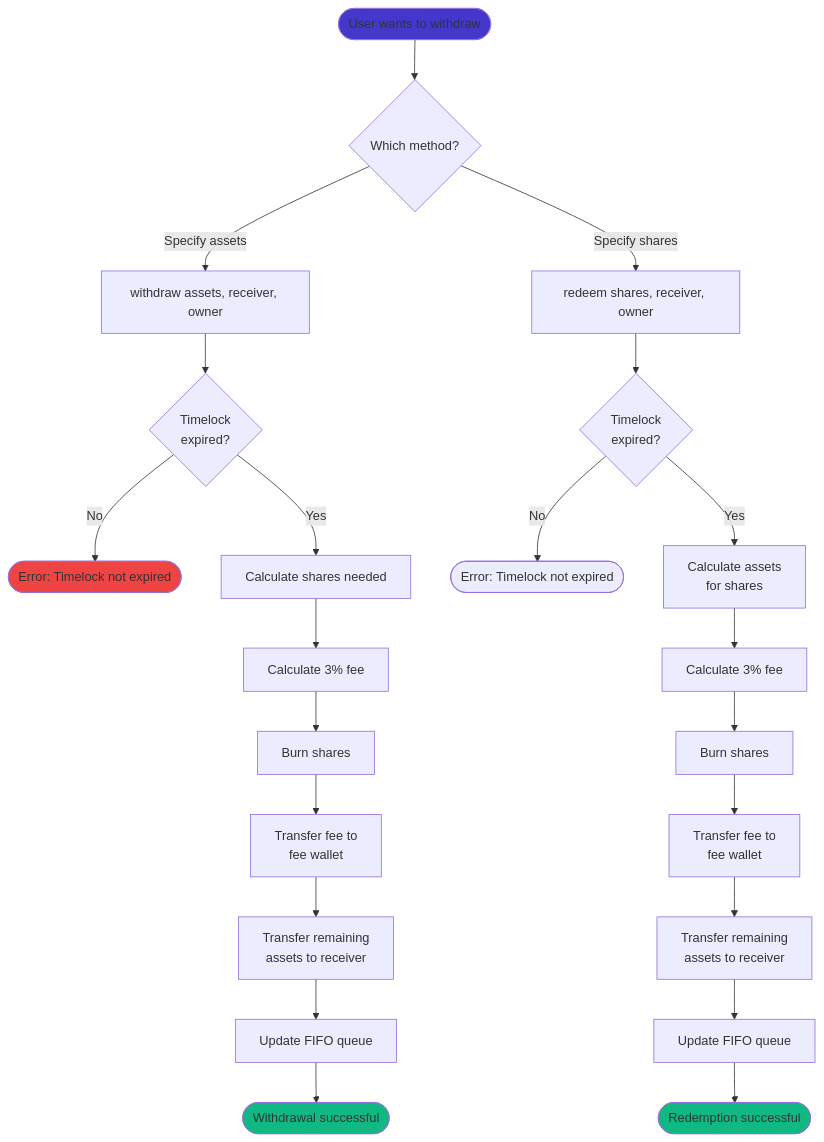
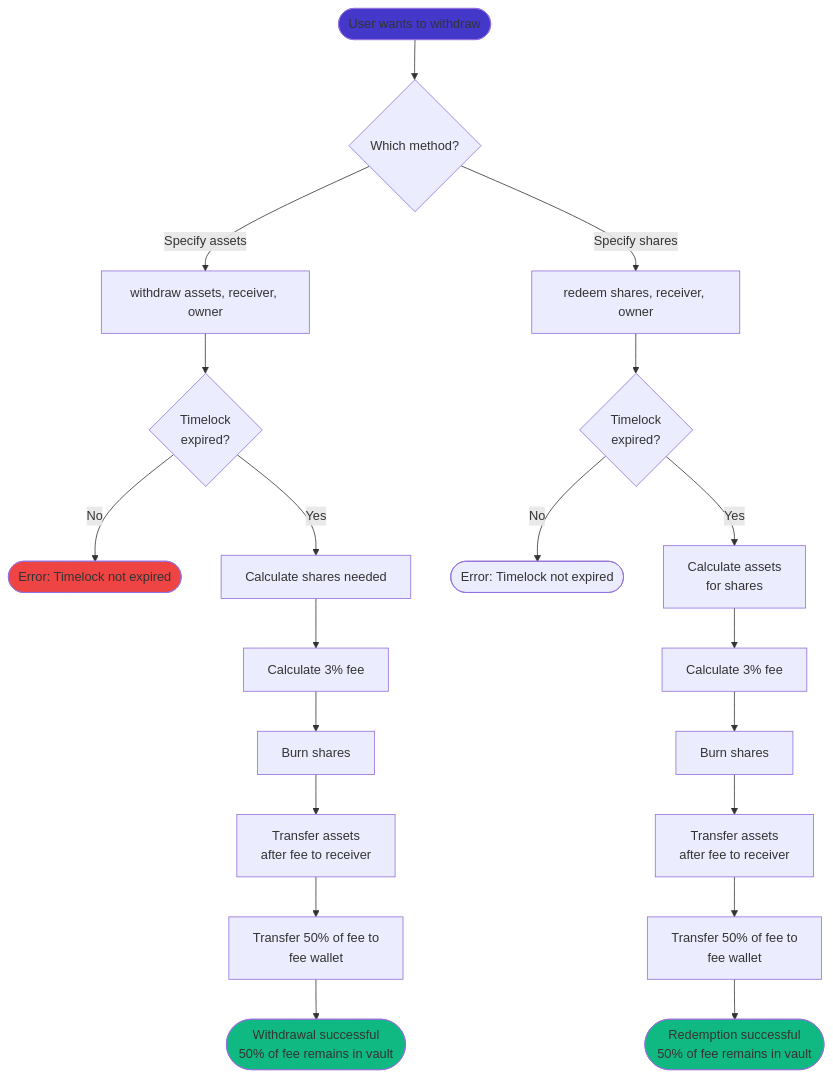
One commit to PelonClub/PelonClub-BaseNetwork-Monorepo changed the fifth of 5 diagrams in docs/en/staking-vault-user-guide.md. Above: the diagram before and after it, drawn with Mermaid. The commit also changed other lines of this file and 9 other files, not shown here.

````diff
--- a/docs/en/staking-vault-user-guide.md
+++ b/docs/en/staking-vault-user-guide.md
@@ -401,32 +359,30 @@
 ```mermaid
 flowchart TD
     Start([User wants to withdraw]) --> Choose{Which method?}
     
     Choose -->|Specify assets| Withdraw[withdraw assets, receiver, owner]
     Choose -->|Specify shares| Redeem[redeem shares, receiver, owner]
     
     Withdraw --> CheckTimelock{Timelock<br/>expired?}
     CheckTimelock -->|No| Error1([Error: Timelock not expired])
     CheckTimelock -->|Yes| CalcShares[Calculate shares needed]
     CalcShares --> CalcFee[Calculate 3% fee]
     CalcFee --> BurnShares[Burn shares]
-    BurnShares --> TransferFee[Transfer fee to<br/>fee wallet]
-    TransferFee --> TransferAssets[Transfer remaining<br/>assets to receiver]
-    TransferAssets --> UpdateFIFO[Update FIFO queue]
-    UpdateFIFO --> Success1([Withdrawal successful])
+    BurnShares --> TransferAssets[Transfer assets<br/>after fee to receiver]
+    TransferAssets --> TransferFee[Transfer 50% of fee to<br/>fee wallet]
+    TransferFee --> Success1([Withdrawal successful<br/>50% of fee remains in vault])
     
     Redeem --> CheckTimelock2{Timelock<br/>expired?}
     CheckTimelock2 -->|No| Error2([Error: Timelock not expired])
     CheckTimelock2 -->|Yes| CalcAssets[Calculate assets<br/>for shares]
     CalcAssets --> CalcFee2[Calculate 3% fee]
     CalcFee2 --> BurnShares2[Burn shares]
-    BurnShares2 --> TransferFee2[Transfer fee to<br/>fee wallet]
-    TransferFee2 --> TransferAssets2[Transfer remaining<br/>assets to receiver]
-    TransferAssets2 --> UpdateFIFO2[Update FIFO queue]
-    UpdateFIFO2 --> Success2([Redemption successful])
+    BurnShares2 --> TransferAssets2[Transfer assets<br/>after fee to receiver]
+    TransferAssets2 --> TransferFee2[Transfer 50% of fee to<br/>fee wallet]
+    TransferFee2 --> Success2([Redemption successful<br/>50% of fee remains in vault])
     
     style Start fill:#4338ca
     style Success1 fill:#10b981
     style Success2 fill:#10b981
     style Error1 fill:#ef4444
 ```
````
